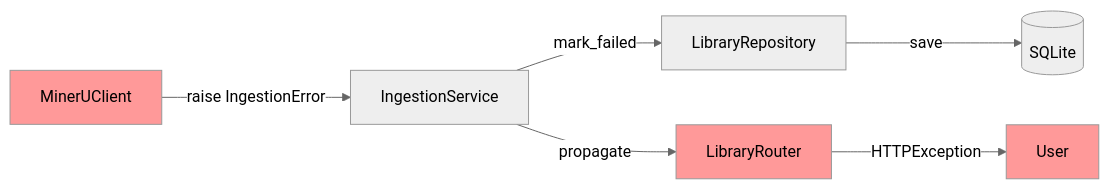
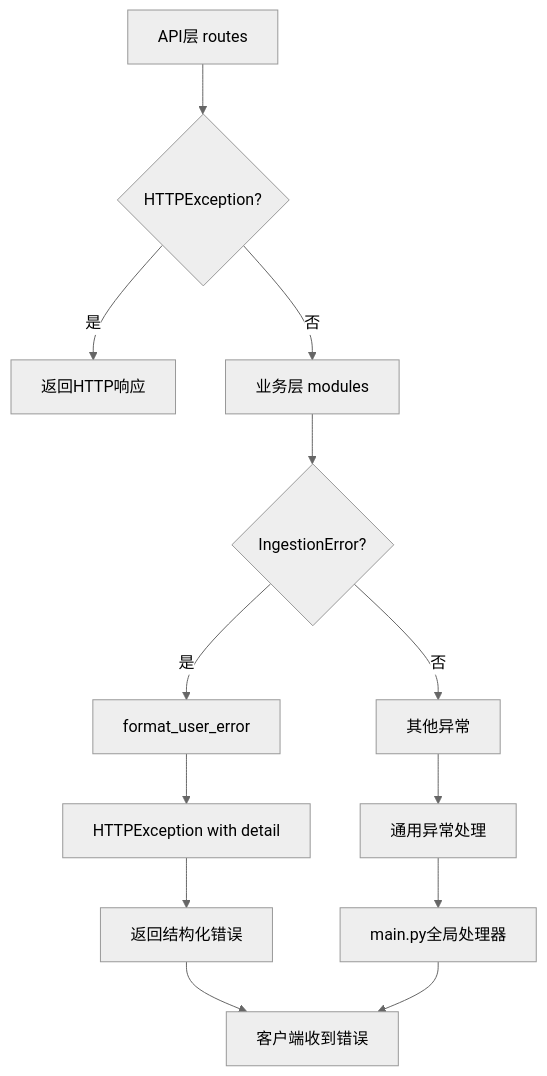
Before and after one commit to ornman/Paper-Agentic: the diagram in docs/Decision-Snapshot/2-动态行为/2.2-异步边界与错误传播.md, drawn with Mermaid (neutral theme). The commit also changed other lines of this file and 30 other files, not shown here.

````diff
--- a/docs/Decision-Snapshot/2-动态行为/2.2-异步边界与错误传播.md
+++ b/docs/Decision-Snapshot/2-动态行为/2.2-异步边界与错误传播.md
@@ -62,13 +15,19 @@
 ```mermaid
-graph LR
-    A[MinerUClient] -->|raise IngestionError| B[IngestionService]
-    B -->|mark_failed| C[LibraryRepository]
-    C -->|save| D[(SQLite)]
+graph TD
+    A[API层 routes] --> B{HTTPException?}
+    B -->|是| C[返回HTTP响应]
+    B -->|否| D[业务层 modules]
 
-    B -->|propagate| E[LibraryRouter]
-    E -->|HTTPException| F[User]
+    D --> E{IngestionError?}
+    E -->|是| F[format_user_error]
+    E -->|否| G[其他异常]
 
-    style A fill:#f99
-    style E fill:#f99
-    style F fill:#f99
+    F --> H[HTTPException with detail]
+    G --> I[通用异常处理]
+
+    H --> J[返回结构化错误]
+    I --> K[main.py全局处理器]
+
+    J --> L[客户端收到错误]
+    K --> L
 ```
````
